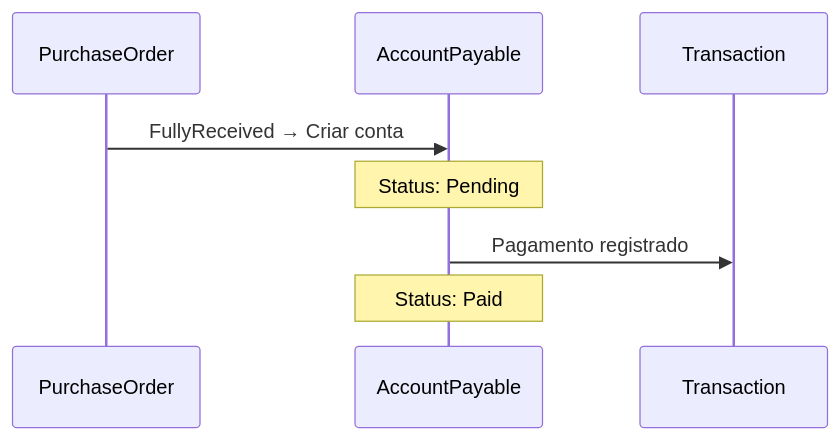
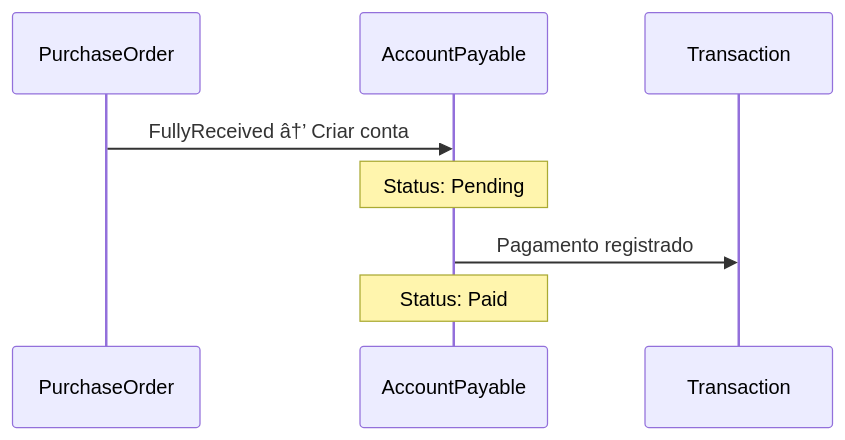
Before and after one commit to igor-spalenza/GesN: the sixth of 7 diagrams in GesN.Web/Context/DOMAIN CONTEXTS/DOMAIN_GUIDE.md, drawn with Mermaid. The commit also changed other lines of this file and 93 other files, not shown here.

````diff
--- a/GesN.Web/Context/DOMAIN CONTEXTS/DOMAIN_GUIDE.md
+++ b/GesN.Web/Context/DOMAIN CONTEXTS/DOMAIN_GUIDE.md
@@ -1248,12 +1248,12 @@
 ```mermaid
 sequenceDiagram
     participant PO as PurchaseOrder
     participant AP as AccountPayable
     participant T as Transaction
     
-    PO->>AP: FullyReceived → Criar conta
+    PO->>AP: FullyReceived â†’ Criar conta
     Note over AP: Status: Pending
     
     AP->>T: Pagamento registrado
     Note over AP: Status: Paid
 ```
````
